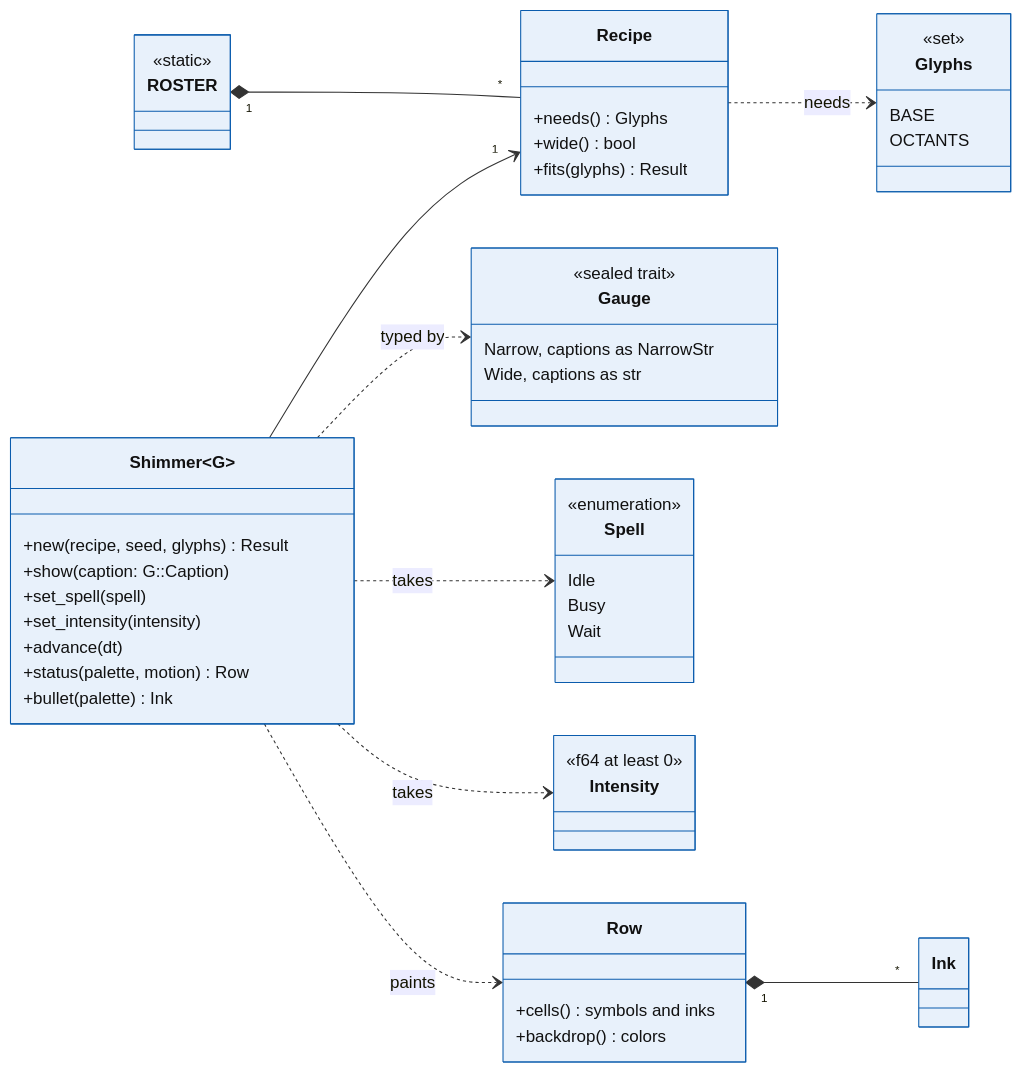
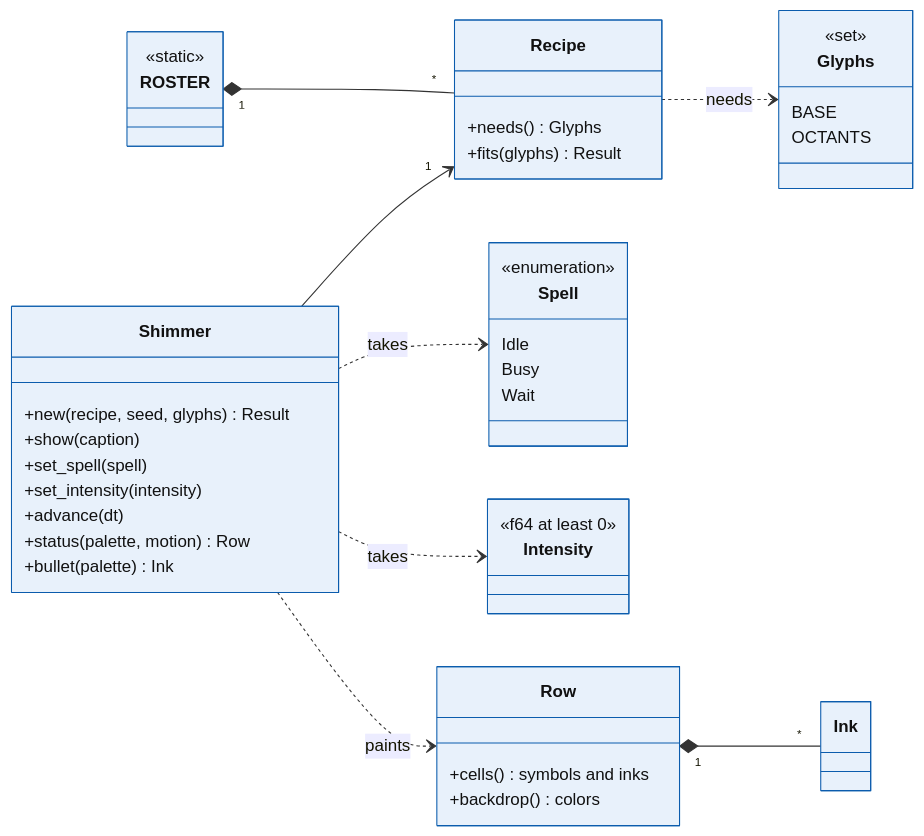
Before and after one commit to aoaoaoaoaoaoaoaoaoaoaoaoaoaoaoaoaoaoaoa/libshimmer: the second of 5 diagrams in SPEC.md, drawn with Mermaid. The commit also changed other lines of this file and 42 other files, not shown here.

````diff
--- a/SPEC.md
+++ b/SPEC.md
@@ -84,62 +87,54 @@
 ```mermaid
 classDiagram
   direction LR
-  class Shimmer~G~ {
+  class Shimmer {
     +new(recipe, seed, glyphs) Result
-    +show(caption: G::Caption)
+    +show(caption)
     +set_spell(spell)
     +set_intensity(intensity)
     +advance(dt)
     +status(palette, motion) Row
     +bullet(palette) Ink
   }
-  class Gauge {
-    <<sealed trait>>
-    Narrow, captions as NarrowStr
-    Wide, captions as str
-  }
   class Recipe {
     +needs() Glyphs
-    +wide() bool
     +fits(glyphs) Result
   }
   class ROSTER {
     <<static>>
   }
   class Glyphs {
     <<set>>
     BASE
     OCTANTS
   }
   class Spell {
     <<enumeration>>
     Idle
     Busy
     Wait
   }
   class Intensity {
     <<f64 at least 0>>
   }
   class Row {
     +cells() symbols and inks
     +backdrop() colors
   }
   class Ink
   Shimmer --> "1" Recipe
-  Shimmer ..> Gauge : typed by
   Shimmer ..> Spell : takes
   Shimmer ..> Intensity : takes
   Shimmer ..> Row : paints
   ROSTER "1" *-- "*" Recipe
   Recipe ..> Glyphs : needs
   Row "1" *-- "*" Ink
   style Shimmer fill:#e8f1fb,stroke:#0b5cad,color:#111
-  style Gauge fill:#e8f1fb,stroke:#0b5cad,color:#111
   style Recipe fill:#e8f1fb,stroke:#0b5cad,color:#111
   style ROSTER fill:#e8f1fb,stroke:#0b5cad,color:#111
   style Glyphs fill:#e8f1fb,stroke:#0b5cad,color:#111
   style Spell fill:#e8f1fb,stroke:#0b5cad,color:#111
   style Intensity fill:#e8f1fb,stroke:#0b5cad,color:#111
   style Row fill:#e8f1fb,stroke:#0b5cad,color:#111
   style Ink fill:#e8f1fb,stroke:#0b5cad,color:#111
 ```
````
